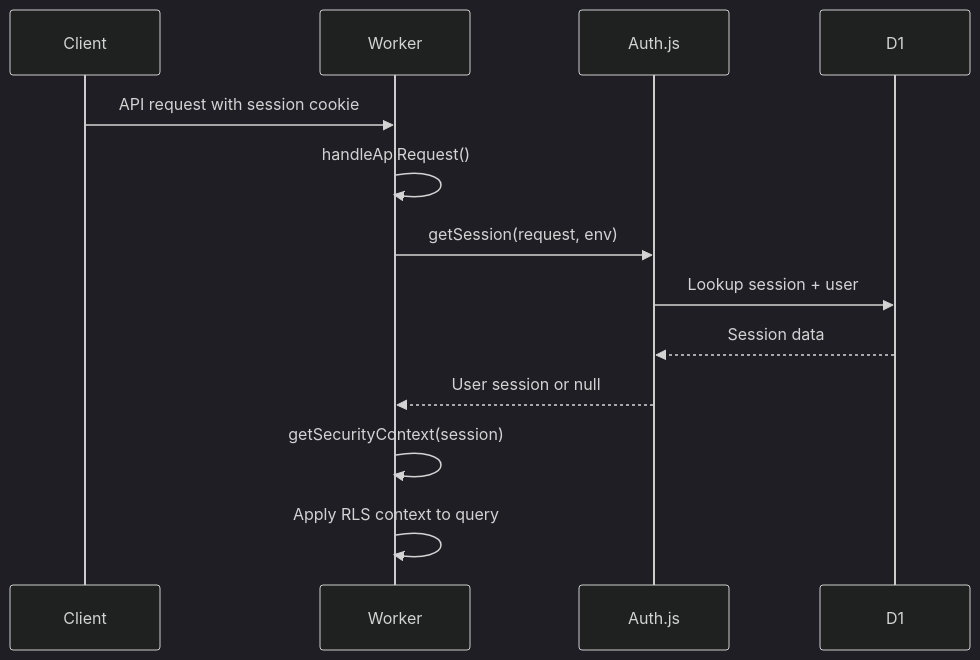
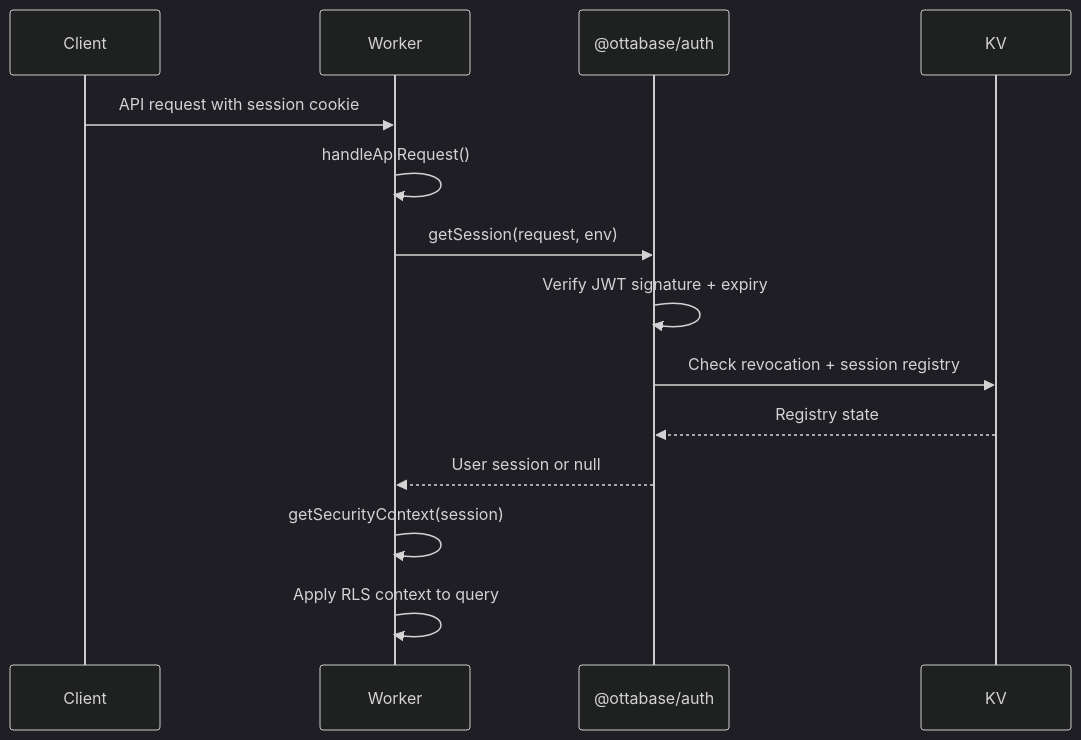
The sixth of 13 diagrams in ARCHITECTURE.md (thinkdj/ottabase), drawn with Mermaid (dark theme) before and after one commit. The commit also changed other lines of this file and 80 other files, not shown here.

````diff
--- a/ARCHITECTURE.md
+++ b/ARCHITECTURE.md
@@ -241,16 +243,17 @@
 ```mermaid
 sequenceDiagram
     participant C as Client
     participant W as Worker
-    participant A as Auth.js
-    participant D as D1
+    participant A as @ottabase/auth
+    participant K as KV
 
     C->>W: API request with session cookie
     W->>W: handleApiRequest()
     W->>A: getSession(request, env)
-    A->>D: Lookup session + user
-    D-->>A: Session data
+    A->>A: Verify JWT signature + expiry
+    A->>K: Check revocation + session registry
+    K-->>A: Registry state
     A-->>W: User session or null
     W->>W: getSecurityContext(session)
     W->>W: Apply RLS context to query
 ```
````
